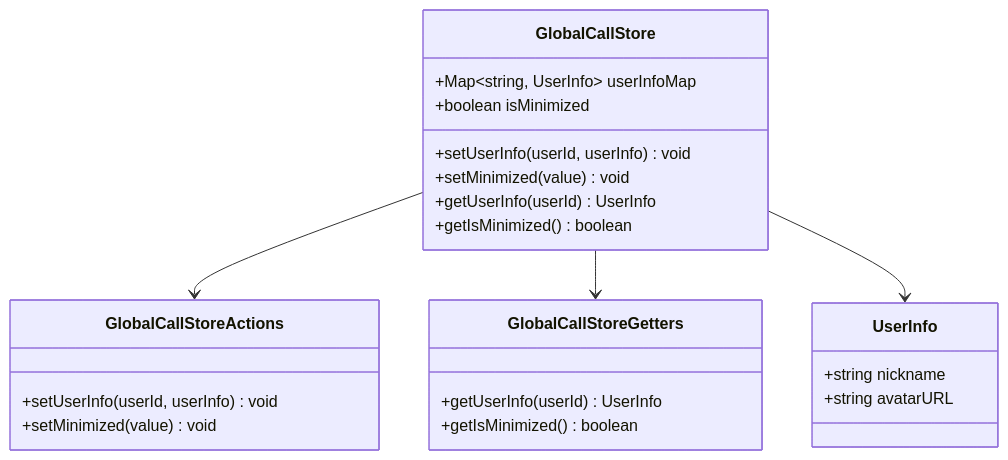
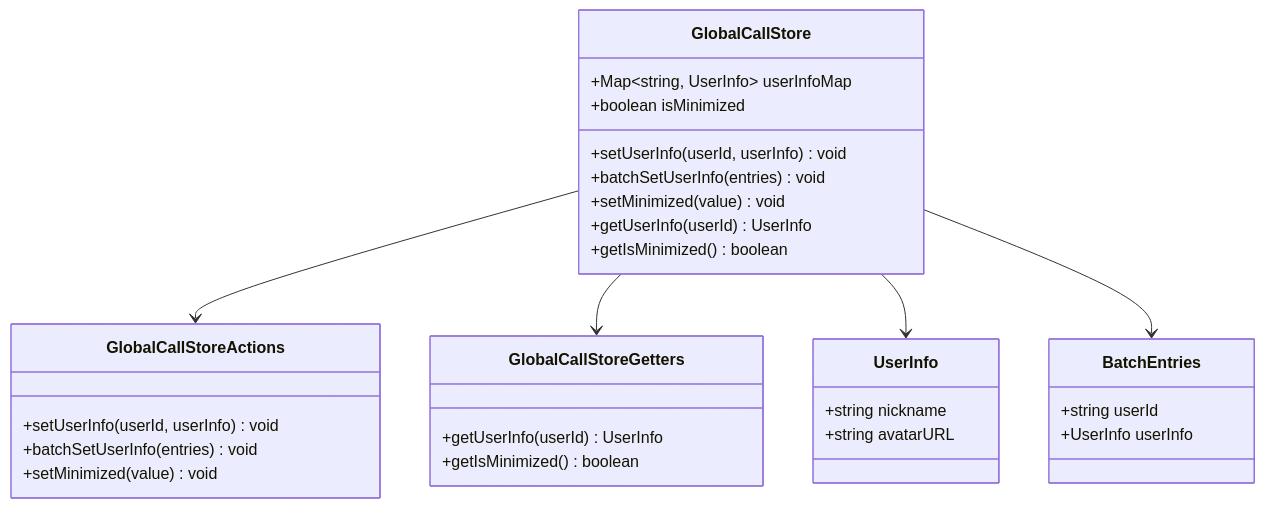
Before and after one commit to Easemob-Community/easemob-uikit-callkit-vue3: the second of 13 diagrams in .qoder/repowiki/zh/content/状态管理/GlobalCallStore 全局通话状态.md, drawn with Mermaid. The commit also changed other lines of this file and 15 other files, not shown here.

````diff
--- a/.qoder/repowiki/zh/content/状态管理/GlobalCallStore 全局通话状态.md
+++ b/.qoder/repowiki/zh/content/状态管理/GlobalCallStore 全局通话状态.md
@@ -105,26 +120,33 @@
 ```mermaid
 classDiagram
 class GlobalCallStore {
 +Map~string, UserInfo~ userInfoMap
 +boolean isMinimized
 +setUserInfo(userId, userInfo) void
++batchSetUserInfo(entries) void
 +setMinimized(value) void
 +getUserInfo(userId) UserInfo
 +getIsMinimized() boolean
 }
 class UserInfo {
 +string nickname
 +string avatarURL
 }
+class BatchEntries {
++string userId
++UserInfo userInfo
+}
 class GlobalCallStoreActions {
 +setUserInfo(userId, userInfo) void
++batchSetUserInfo(entries) void
 +setMinimized(value) void
 }
 class GlobalCallStoreGetters {
 +getUserInfo(userId) UserInfo
 +getIsMinimized() boolean
 }
 GlobalCallStore --> GlobalCallStoreActions
 GlobalCallStore --> GlobalCallStoreGetters
 GlobalCallStore --> UserInfo
+GlobalCallStore --> BatchEntries
 ```
````
